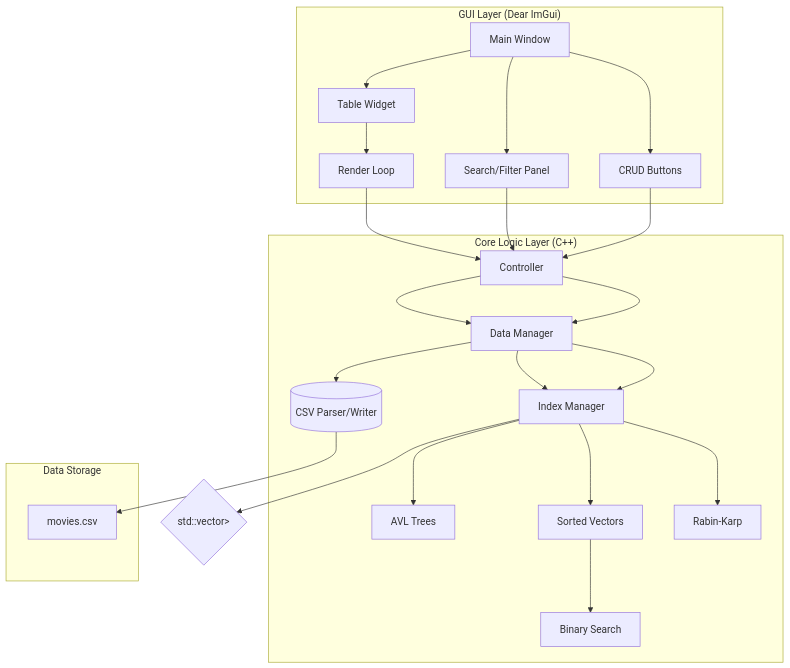
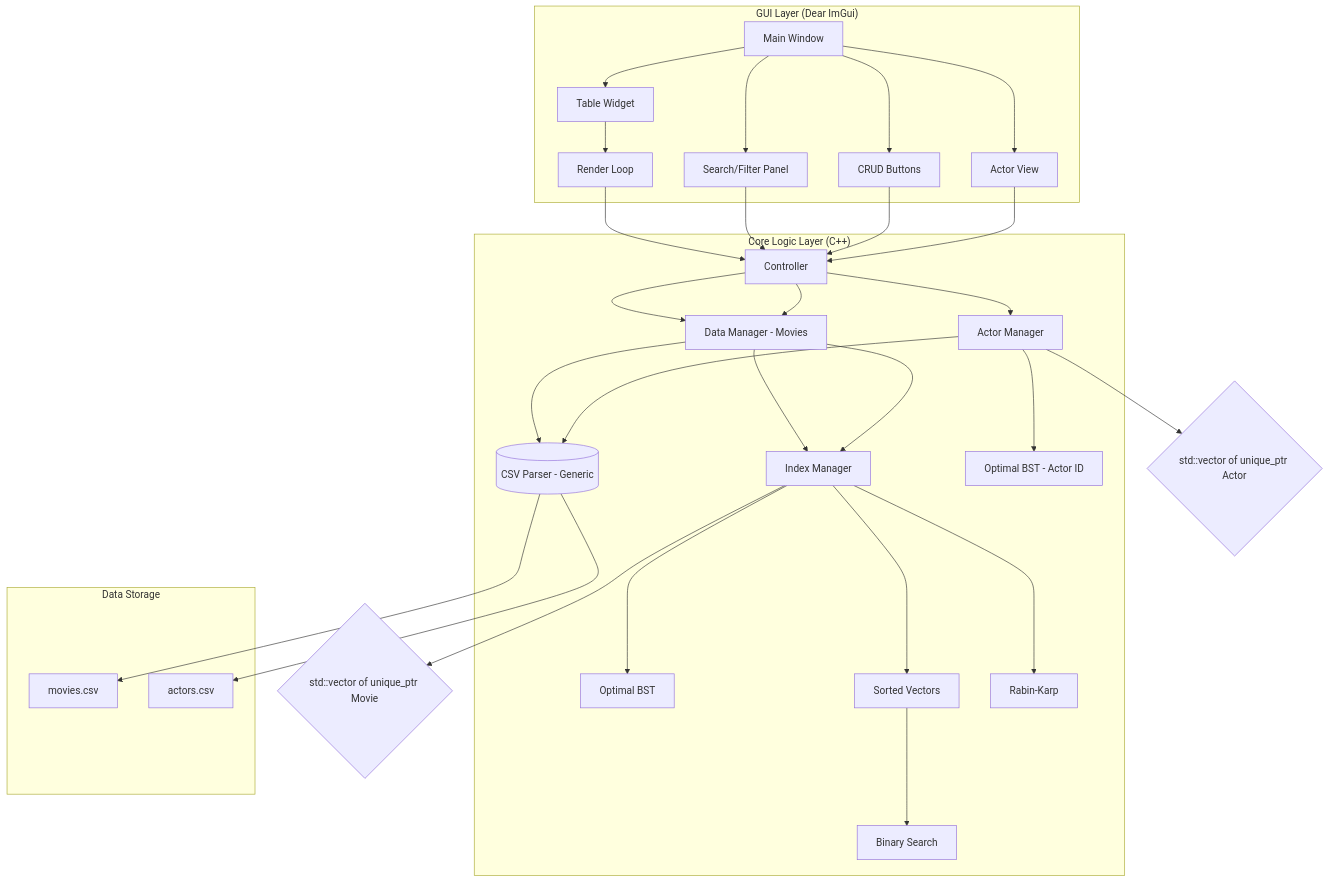
The diagram in README.md (Emeteil/film_library), drawn with Mermaid before and after one commit. The commit also changed other lines of this file and 44 other files, not shown here.

Commit message:
Implement actor management, refactor GUI with MainWidget, and replace AVL tree with Optimal BST.

````diff
--- a/README.md
+++ b/README.md
@@ -141,30 +166,37 @@
 ```mermaid
 graph TD
     subgraph "GUI Layer (Dear ImGui)"
         A[Main Window] --> B[Table Widget]
         A --> C[Search/Filter Panel]
         A --> D[CRUD Buttons]
+        A --> ActorView[Actor View]
         B --> E[Render Loop]
     end
 
     subgraph "Core Logic Layer (C++)"
-        F[Controller] --> G[Data Manager]
-        G --> H[(CSV Parser/Writer)]
+        F[Controller] --> G[Data Manager - Movies]
+        F --> AM[Actor Manager]
+        G --> H[(CSV Parser - Generic)]
+        AM --> H
         G --> I[Index Manager]
-        I --> J[AVL Trees]
+        I --> J[Optimal BST]
         I --> K[Sorted Vectors]
-        I --> L[ Rabin-Karp]
+        I --> L[Rabin-Karp]
         K --> M[Binary Search]
+        AM --> J2[Optimal BST - Actor ID]
     end
 
     subgraph "Data Storage"
         H --> N[movies.csv]
+        H --> N2[actors.csv]
     end
 
     E --> F
     C --> F
     D --> F
+    ActorView --> F
     F --> G
     G --> I
-    I --> O{std::vector<std::unique_ptr<Movie>>}
+    I --> O{std::vector of unique_ptr Movie}
+    AM --> P{std::vector of unique_ptr Actor}
 ```
````
